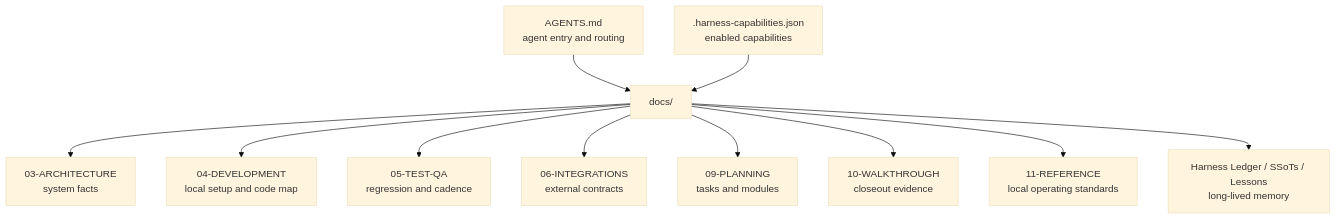
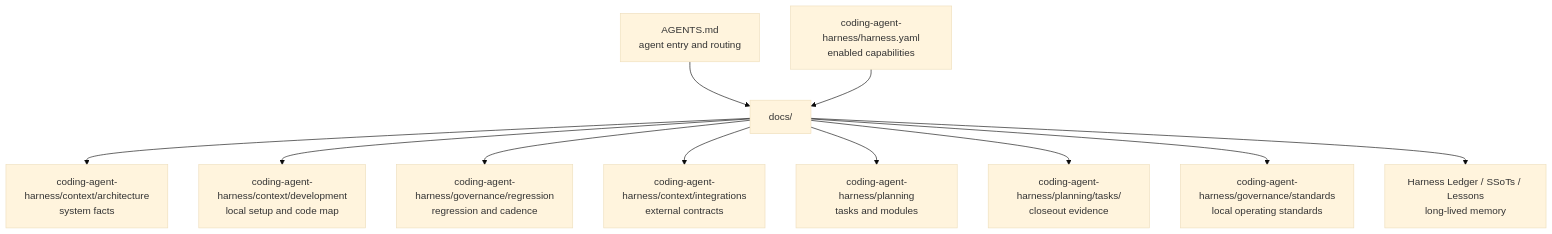
Before and after one commit to FairladyZ625/coding-agent-harness: the third of 11 diagrams in docs-release/architecture/overview.md, drawn with Mermaid (base theme). The commit also changed other lines of this file and 120 other files, not shown here.

````diff
--- a/docs-release/architecture/overview.md
+++ b/docs-release/architecture/overview.md
@@ -66,25 +66,25 @@
 ```mermaid
 flowchart TB
   Entry["AGENTS.md<br/>agent entry and routing"]
-  Registry[".harness-capabilities.json<br/>enabled capabilities"]
+  Registry["coding-agent-harness/harness.yaml<br/>enabled capabilities"]
   Docs["docs/"]
-  Architecture["03-ARCHITECTURE<br/>system facts"]
-  Development["04-DEVELOPMENT<br/>local setup and code map"]
-  QA["05-TEST-QA<br/>regression and cadence"]
-  Integrations["06-INTEGRATIONS<br/>external contracts"]
-  Planning["09-PLANNING<br/>tasks and modules"]
-  Walkthrough["10-WALKTHROUGH<br/>closeout evidence"]
-  Reference["11-REFERENCE<br/>local operating standards"]
+  Architecture["coding-agent-harness/context/architecture<br/>system facts"]
+  Development["coding-agent-harness/context/development<br/>local setup and code map"]
+  QA["coding-agent-harness/governance/regression<br/>regression and cadence"]
+  Integrations["coding-agent-harness/context/integrations<br/>external contracts"]
+  Planning["coding-agent-harness/planning<br/>tasks and modules"]
+  Walkthrough["coding-agent-harness/planning/tasks/<task><br/>closeout evidence"]
+  Reference["coding-agent-harness/governance/standards<br/>local operating standards"]
   Ledger["Harness Ledger / SSoTs / Lessons<br/>long-lived memory"]
 
   Entry --> Docs
   Registry --> Docs
   Docs --> Architecture
   Docs --> Development
   Docs --> QA
   Docs --> Integrations
   Docs --> Planning
   Docs --> Walkthrough
   Docs --> Reference
   Docs --> Ledger
 ```
````
